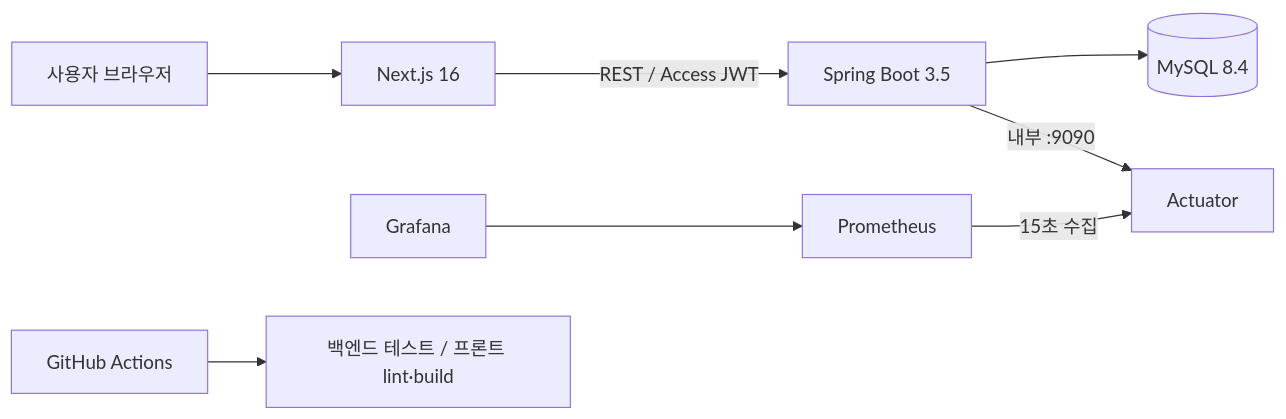
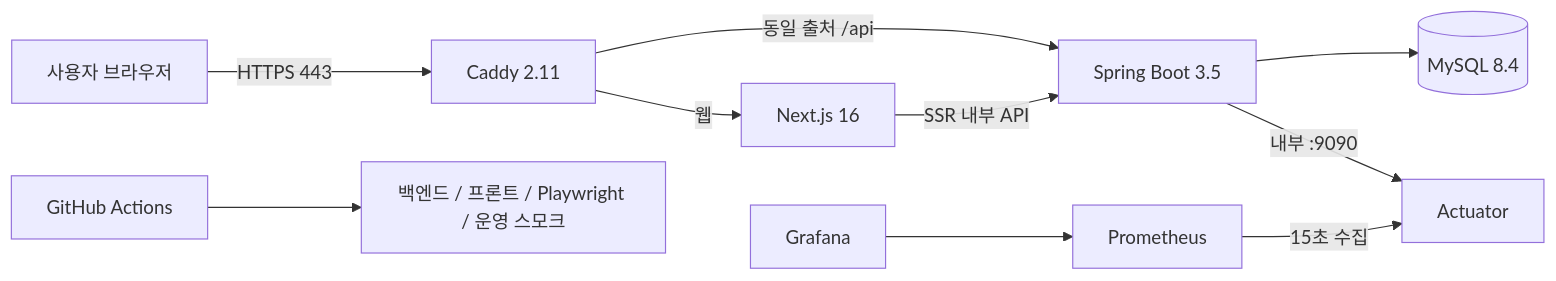
The first of 4 diagrams in ARCHITECTURE.md (duvwlq/refail), drawn with Mermaid before and after one commit. The commit also changed other lines of this file and 11 other files, not shown here.

````diff
--- a/ARCHITECTURE.md
+++ b/ARCHITECTURE.md
@@ -5,10 +5,12 @@
 ```mermaid
 flowchart LR
-    U["사용자 브라우저"] --> N["Next.js 16"]
-    N -->|"REST / Access JWT"| S["Spring Boot 3.5"]
+    U["사용자 브라우저"] -->|"HTTPS 443"| C["Caddy 2.11"]
+    C -->|"웹"| N["Next.js 16"]
+    C -->|"동일 출처 /api"| S["Spring Boot 3.5"]
+    N -->|"SSR 내부 API"| S
     S --> M[("MySQL 8.4")]
     S -->|"내부 :9090"| A["Actuator"]
     P["Prometheus"] -->|"15초 수집"| A
     G["Grafana"] --> P
-    CI["GitHub Actions"] --> T["백엔드 테스트 / 프론트 lint·build"]
+    CI["GitHub Actions"] --> T["백엔드 / 프론트 / Playwright / 운영 스모크"]
 ```
````
